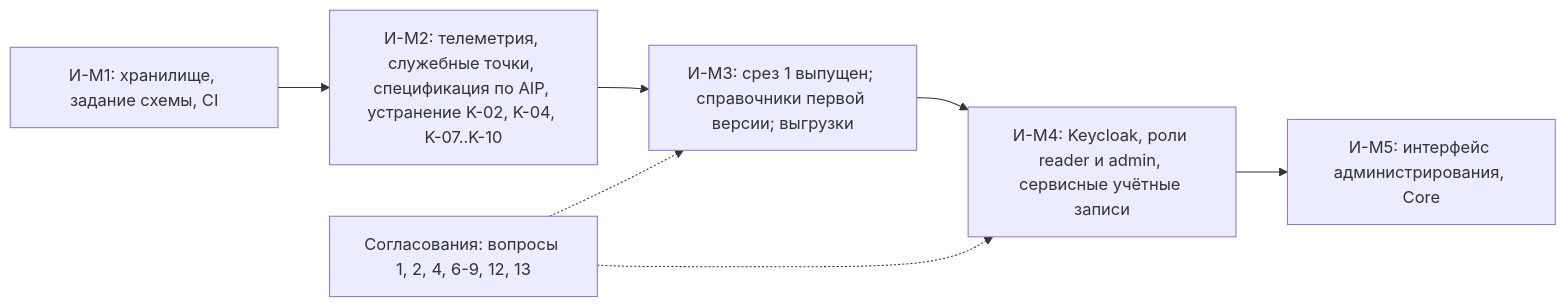
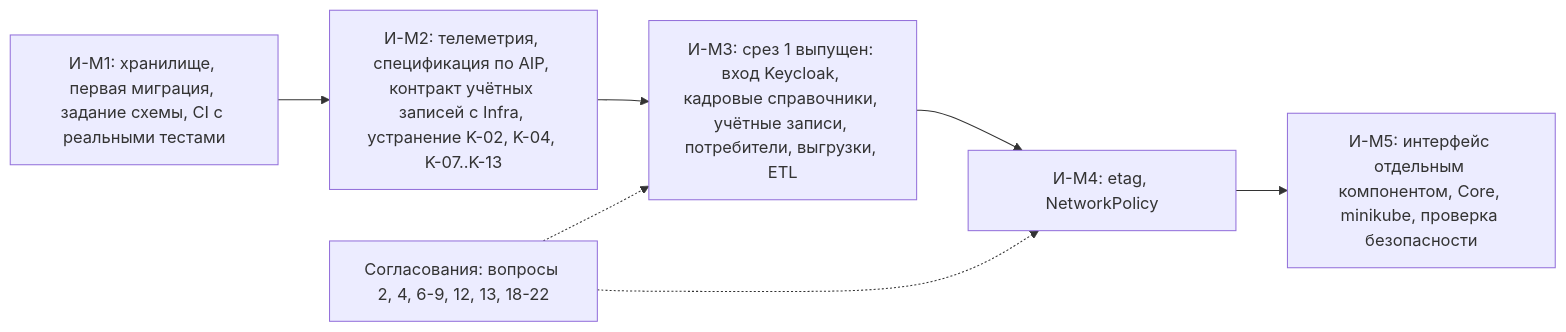
The diagram in reference-manager/documents/160.integration-plan.md (MEPhI-C22-501/arch-info-system-monorepo), drawn with Mermaid before and after one commit. The commit also changed other lines of this file and 32 other files, not shown here.

````diff
--- a/reference-manager/documents/160.integration-plan.md
+++ b/reference-manager/documents/160.integration-plan.md
@@ -25,9 +35,9 @@
 ```mermaid
 flowchart LR
-    M1["И-M1: хранилище, задание схемы, CI"] --> M2["И-M2: телеметрия, служебные точки, спецификация по AIP, устранение K-02, K-04, K-07..K-10"]
-    M2 --> M3["И-M3: срез 1 выпущен; справочники первой версии; выгрузки"]
-    M3 --> M4["И-M4: Keycloak, роли reader и admin, сервисные учётные записи"]
-    M4 --> M5["И-M5: интерфейс администрирования, Core"]
-    Q["Согласования: вопросы 1, 2, 4, 6-9, 12, 13"] -.-> M3
+    M1["И-M1: хранилище, первая миграция, задание схемы, CI с реальными тестами"] --> M2["И-M2: телеметрия, спецификация по AIP, контракт учётных записей с Infra, устранение K-02, K-04, K-07..K-13"]
+    M2 --> M3["И-M3: срез 1 выпущен: вход Keycloak, кадровые справочники, учётные записи, потребители, выгрузки, ETL"]
+    M3 --> M4["И-M4: etag, NetworkPolicy"]
+    M4 --> M5["И-M5: интерфейс отдельным компонентом, Core, minikube, проверка безопасности"]
+    Q["Согласования: вопросы 2, 4, 6-9, 12, 13, 18-22"] -.-> M3
     Q -.-> M4
 ```
````
